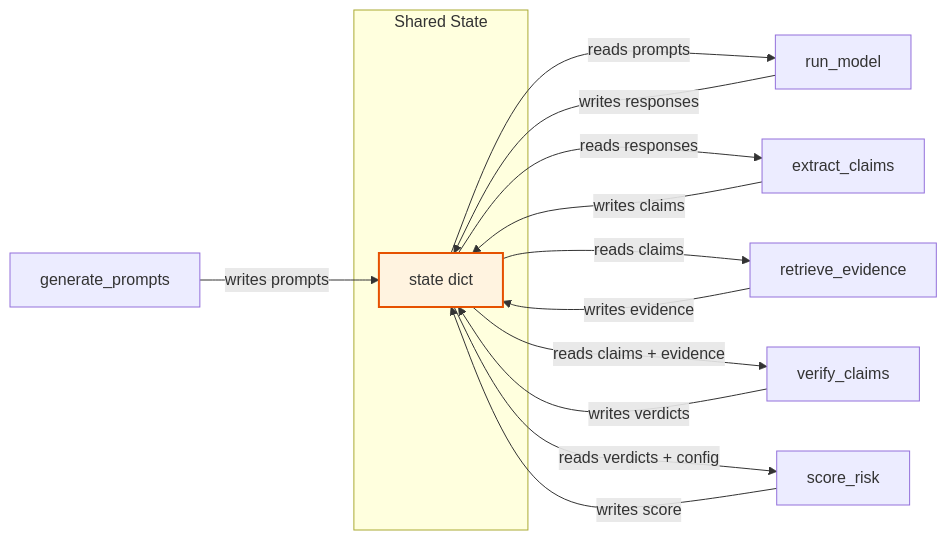
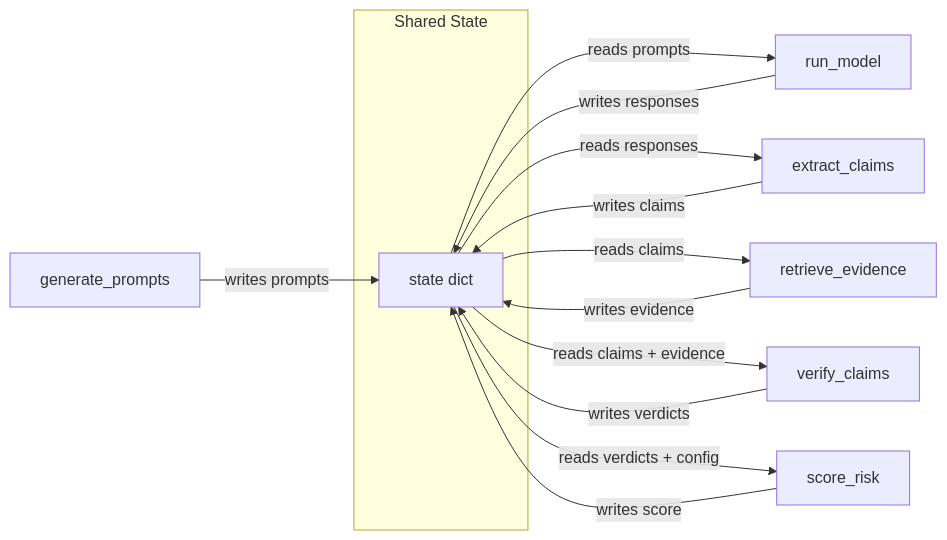
The fourth of 9 diagrams in docs/ARCHITECTURE.md (kunalsinghdadhwal/symmetrical-broccoli), drawn with Mermaid before and after one commit. The commit also changed other lines of this file, not shown here.

````diff
--- a/docs/ARCHITECTURE.md
+++ b/docs/ARCHITECTURE.md
@@ -335,20 +309,18 @@
 ```mermaid
 graph LR
     subgraph Shared State
         S[state dict]
     end
 
     A[generate_prompts] -->|writes prompts| S
     S -->|reads prompts| B[run_model]
     B -->|writes responses| S
     S -->|reads responses| C[extract_claims]
     C -->|writes claims| S
     S -->|reads claims| D[retrieve_evidence]
     D -->|writes evidence| S
     S -->|reads claims + evidence| E[verify_claims]
     E -->|writes verdicts| S
     S -->|reads verdicts + config| F[score_risk]
     F -->|writes score| S
-
-    style S fill:#fff3e0,stroke:#e65100,stroke-width:2px
 ```
````
